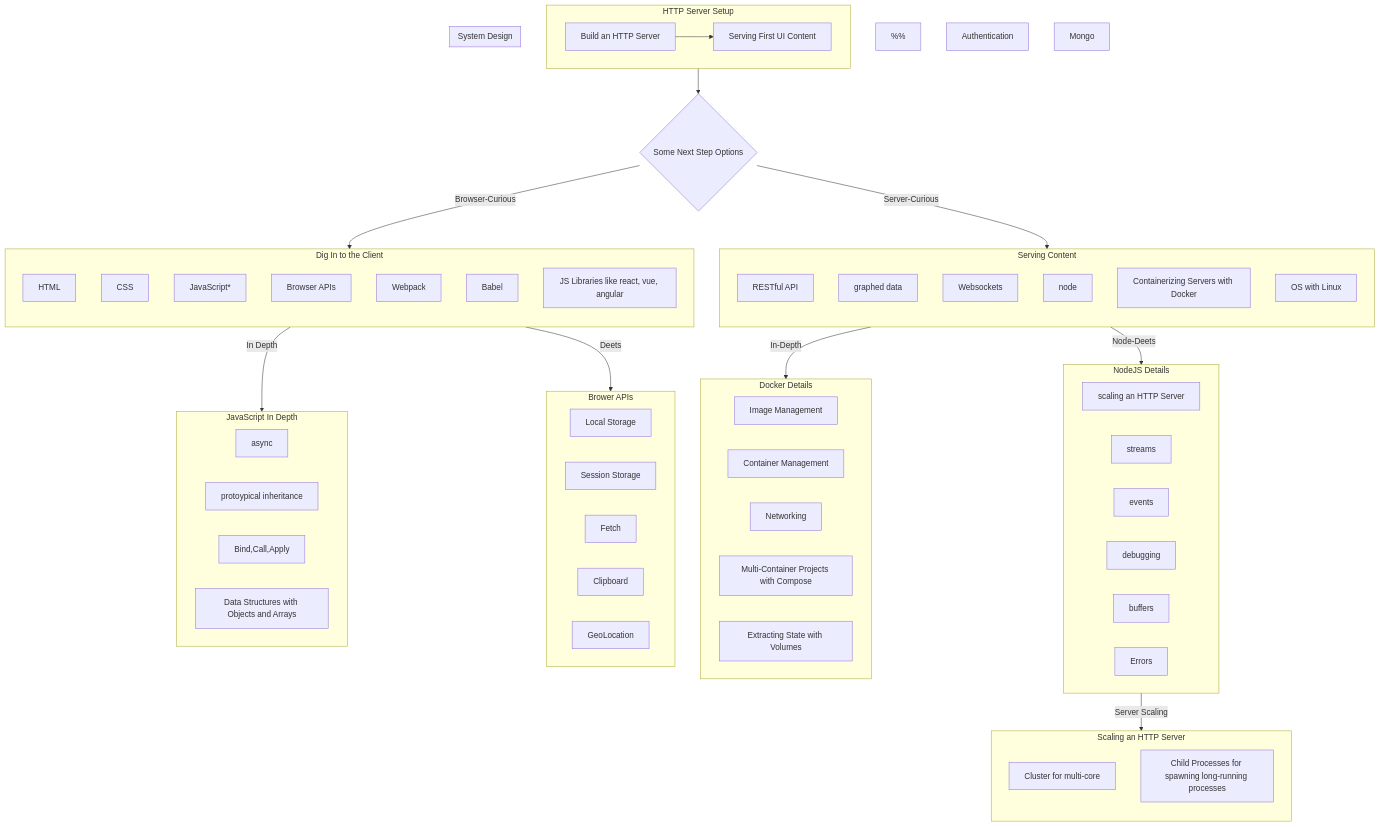
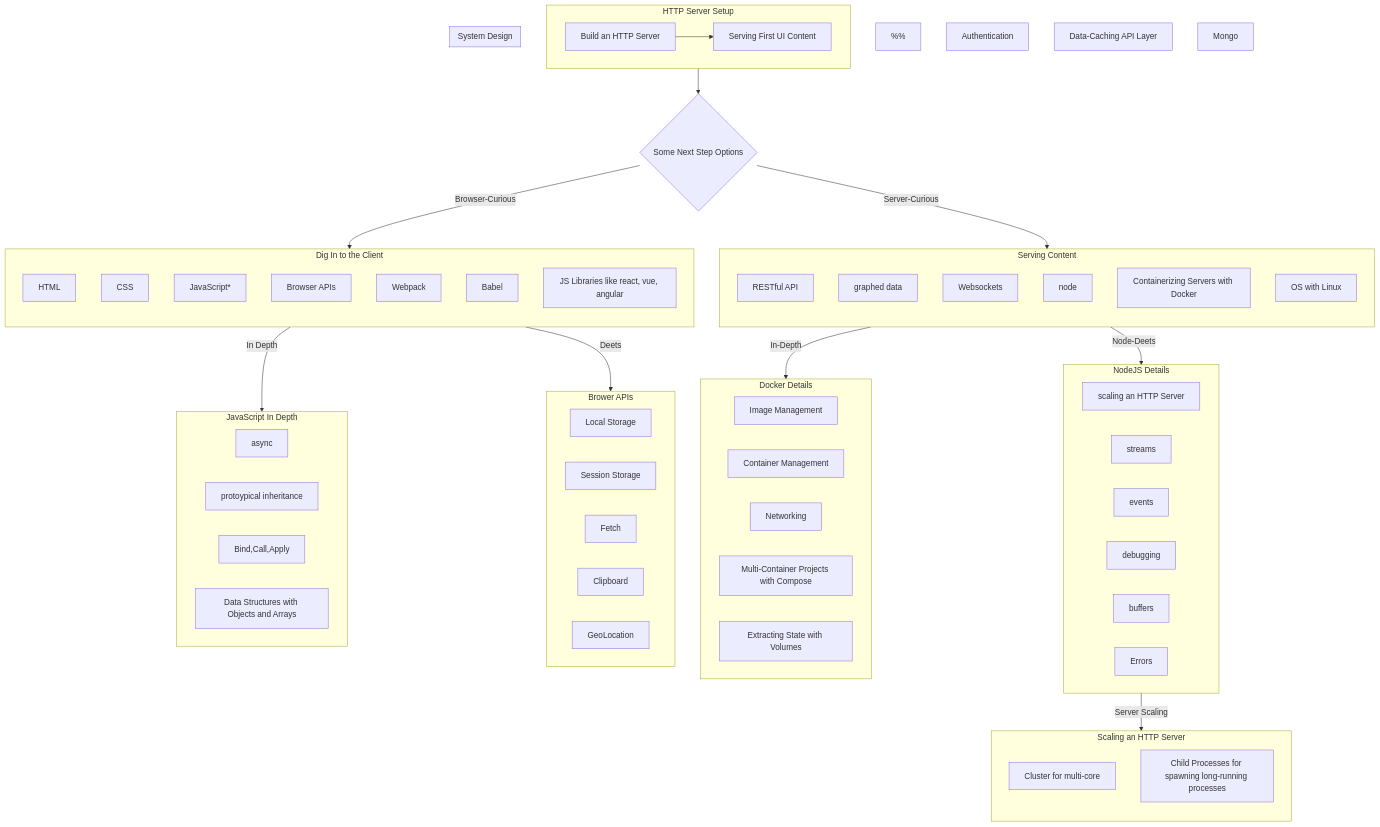
The diagram in src/pages/a-web-first-path.mdx (imagineLife/big-site), drawn with Mermaid before and after one commit.

Commit message:
extra nod

```diff
--- a/src/pages/a-web-first-path.mdx
+++ b/src/pages/a-web-first-path.mdx
@@ -45,6 +45,7 @@
 
 %% system design nodes;
   AUTH[Authentication];
+  DATA-CACHE-LAYER[Data-Caching API Layer];
 
 %% Database nodes;
   MONGODB[Mongo];
```
